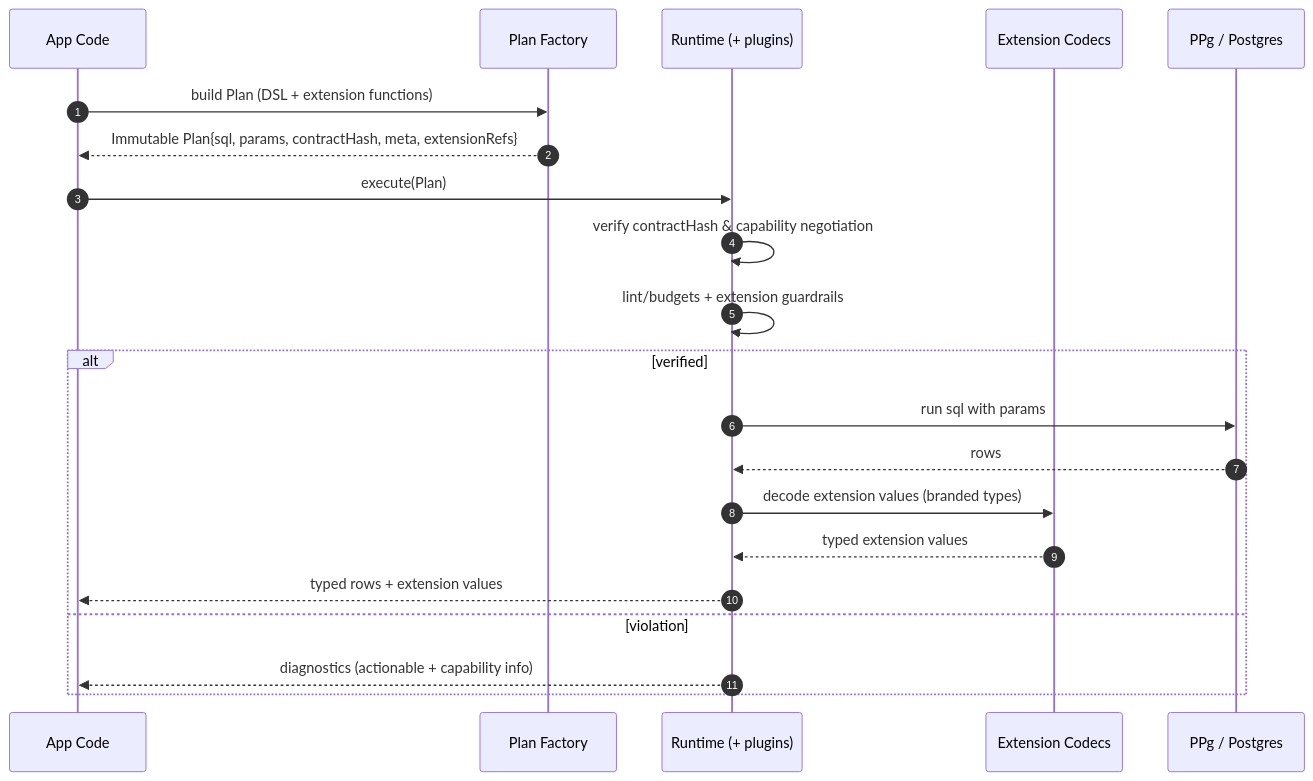
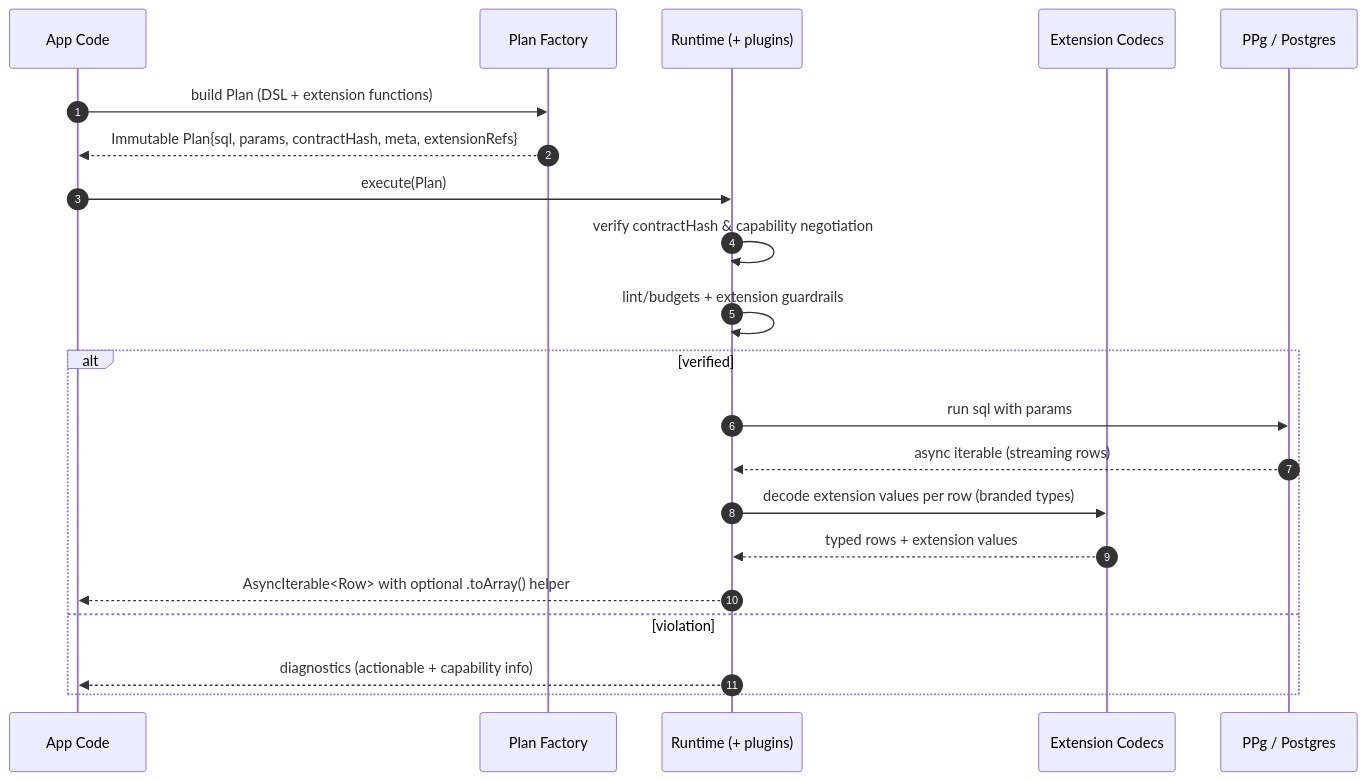
The second of 3 diagrams in docs/Architecture Overview.md (prisma/prisma-next), drawn with Mermaid before and after one commit. The commit also changed other lines of this file and 9 other files, not shown here.

````diff
--- a/docs/Architecture Overview.md
+++ b/docs/Architecture Overview.md
@@ -112,24 +113,24 @@
 ```mermaid
 sequenceDiagram
   autonumber
   participant Dev as App Code
   participant Plan as Plan Factory
   participant RT as Runtime (+ plugins)
   participant Ext as Extension Codecs
   participant DB as PPg / Postgres
 
   Dev->>Plan: build Plan (DSL + extension functions)
   Plan-->>Dev: Immutable Plan{sql, params, contractHash, meta, extensionRefs}
   Dev->>RT: execute(Plan)
   RT->>RT: verify contractHash & capability negotiation
   RT->>RT: lint/budgets + extension guardrails
   alt verified
     RT->>DB: run sql with params
-    DB-->>RT: rows
-    RT->>Ext: decode extension values (branded types)
-    Ext-->>RT: typed extension values
-    RT-->>Dev: typed rows + extension values
+    DB-->>RT: async iterable (streaming rows)
+    RT->>Ext: decode extension values per row (branded types)
+    Ext-->>RT: typed rows + extension values
+    RT-->>Dev: AsyncIterable<Row> with optional .toArray() helper
   else violation
     RT-->>Dev: diagnostics (actionable + capability info)
   end
 ```
````
